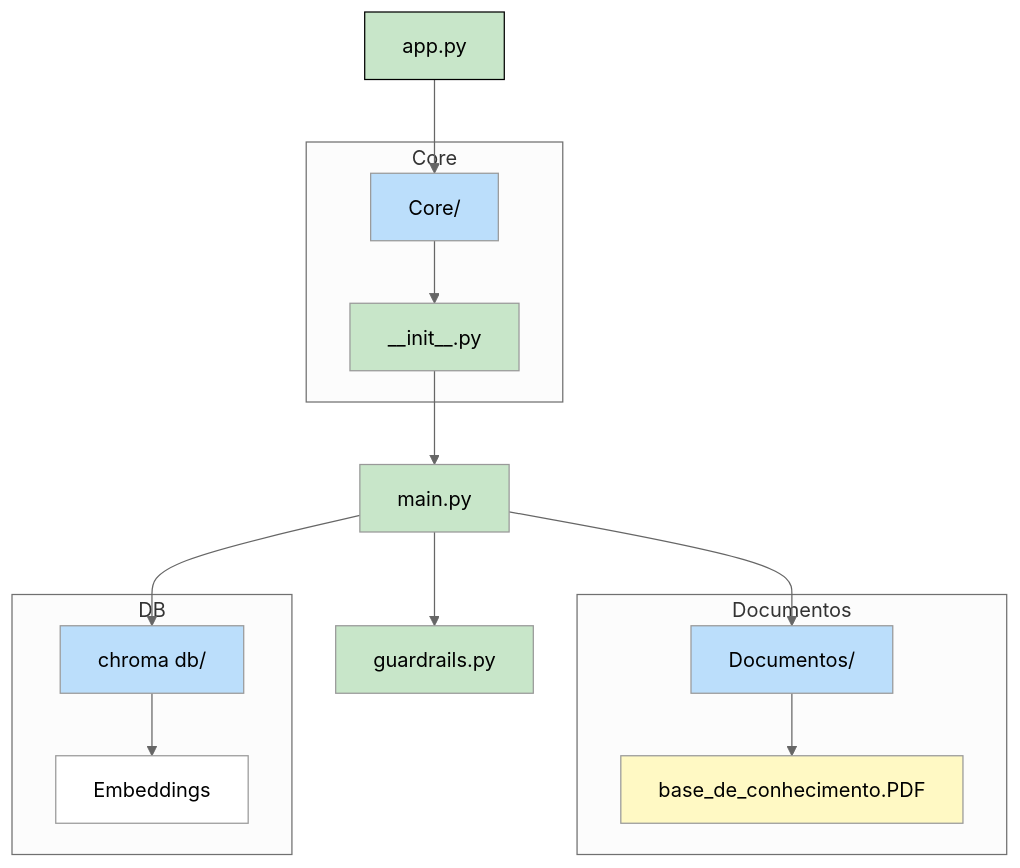
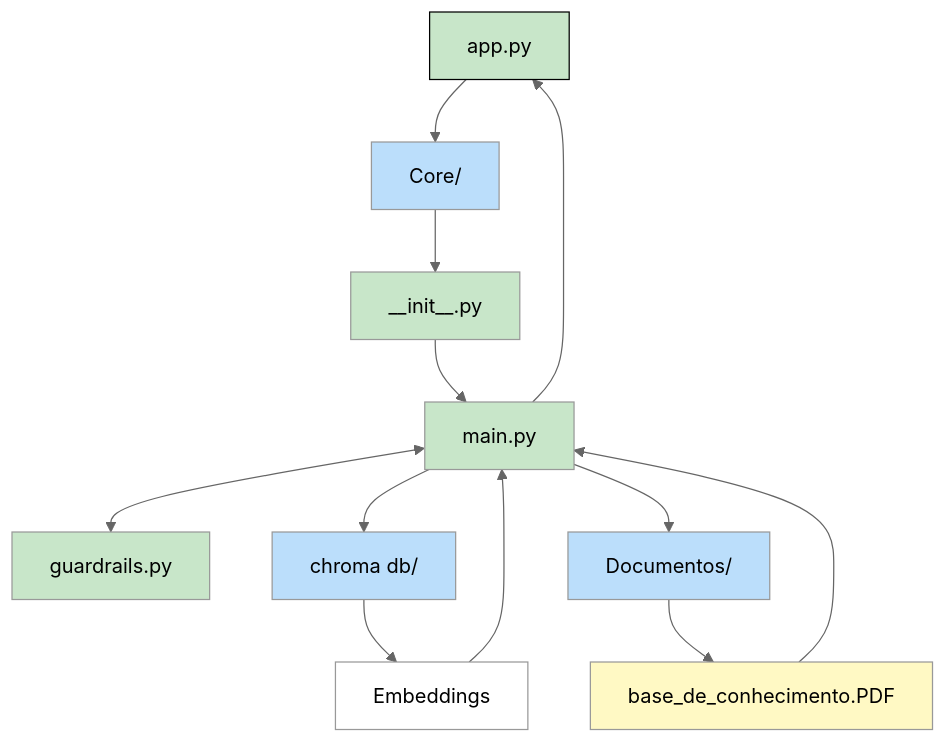
The second of 2 diagrams in docs/01-documentacao-agente.md (flaviarv/chatbot-crypto-exchange-products-and-services), drawn with Mermaid (neutral theme) before and after one commit.

````diff
--- a/docs/01-documentacao-agente.md
+++ b/docs/01-documentacao-agente.md
@@ -50,37 +50,25 @@
 ```mermaid
-flowchart TD
-    subgraph Core
-        n2["Core/"]
-        n3["__init__.py"]
-    end
+flowchart TB
+    n1["app.py"] --> n2["Core/"]
+    n2 --> n3["__init__.py"]
+    n3 --> n4["main.py"]
+    n4 <--> n5["guardrails.py"]
+    n4 --> n8["chroma db/"]
+    n4 --> n6["Documentos/"]
+    n4 --> n1
+    n6 --> n7["base_de_conhecimento.PDF"]
+    n7 --> n4
+    n8 --> n9["Embeddings"]
+    n9 --> n4
 
-    subgraph Documentos
-        n6["Documentos/"]
-        n7["base_de_conhecimento.PDF"]
-    end
-
-    subgraph DB
-        n8["chroma db/"]
-        n9["Embeddings"]
-    end
-
-    n1["app.py"] --> n2
-    n2 --> n3
-    n3 --> n4["main.py"]
-
-    n4 --> n5["guardrails.py"]
-    n4 --> n6
-    n4 --> n8
-    n6 --> n7
-    n8 --> n9
-
+    %% estilos
     style n1 fill:#C8E6C9,stroke:#000000
     style n2 fill:#BBDEFB
     style n3 fill:#C8E6C9
     style n4 fill:#C8E6C9
     style n5 fill:#C8E6C9
+    style n8 fill:#BBDEFB
     style n6 fill:#BBDEFB
     style n7 fill:#FFF9C4
-    style n8 fill:#BBDEFB
     style n9 fill:#ffffff
 ```
````
